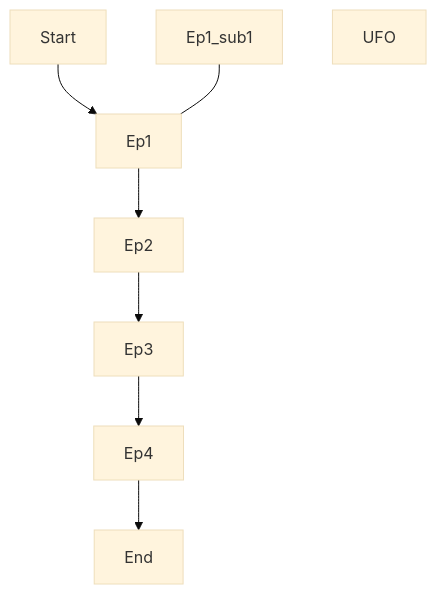
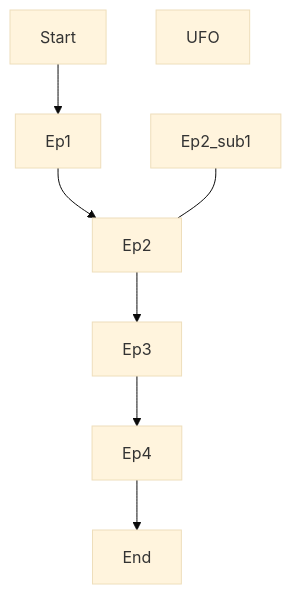
One commit to Pottal/JSON_Canvas_to_Markdown changed the first of 4 diagrams in README.md. Above: the diagram before and after it, drawn with Mermaid (base theme). The commit also changed other lines of this file, not shown here.

````diff
--- a/README.md
+++ b/README.md
@@ -19,6 +19,6 @@
 ```mermaid
 flowchart TD
     A[Start] --> B[Ep1] -->C[Ep2]-->D[Ep3]-->E[Ep4]-->F[End]
-    Bsub[Ep1_sub1]---B
+    Csub[Ep2_sub1]---C
     UFO
 ```
````
